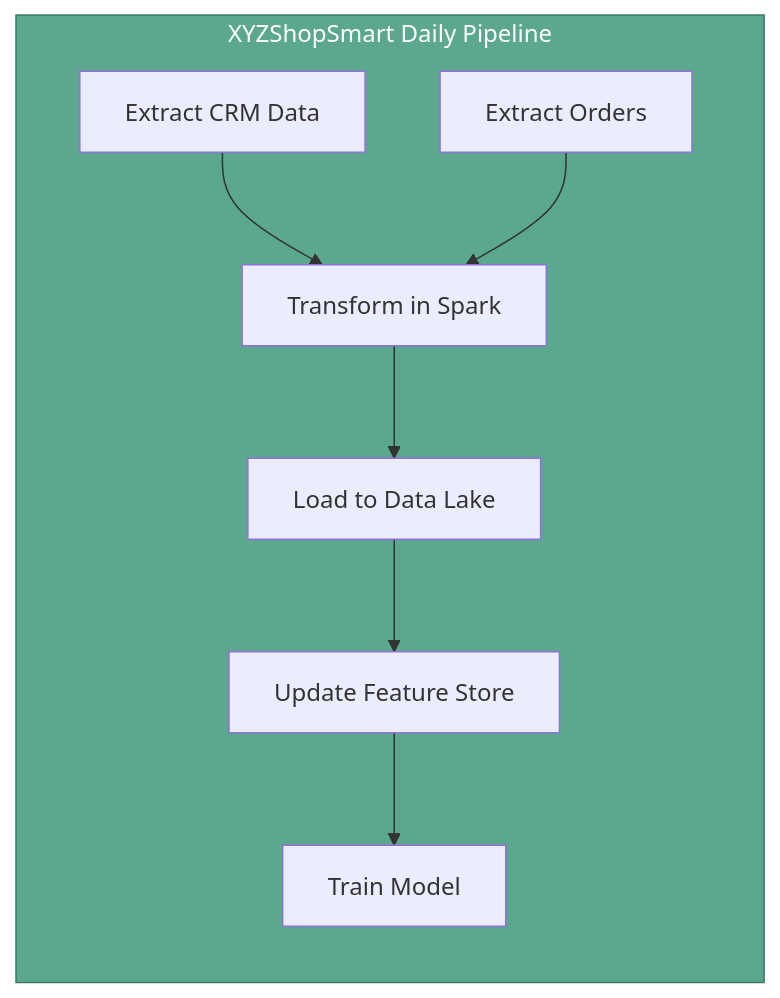
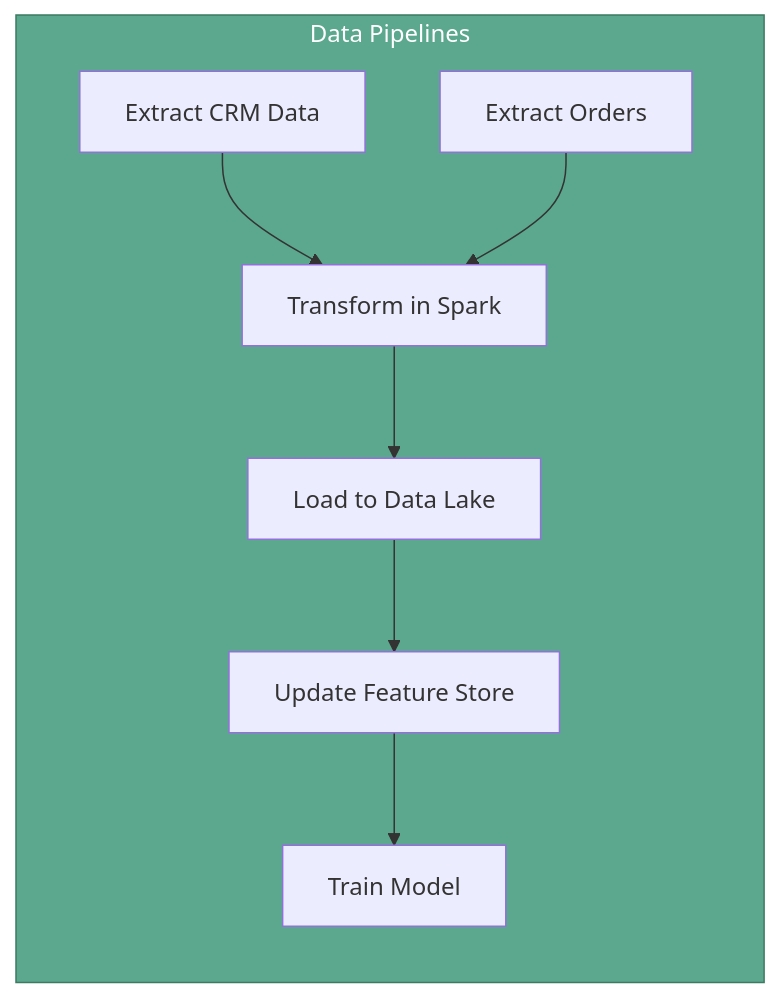
One commit to vinaykagithapu/vinay.github.io changed the second of 2 diagrams in docs/mlops/data-preparation/7-data-pipeline-orchestration.md. Above: the diagram before and after it, drawn with Mermaid. The commit also changed other lines of this file and 1 other file, not shown here.

First line of the commit message:
chore: comment out editUrl in docusaurus config and center align mermaid diagram in data pipeline orchestration document

````diff
--- a/docs/mlops/data-preparation/7-data-pipeline-orchestration.md
+++ b/docs/mlops/data-preparation/7-data-pipeline-orchestration.md
@@ -177,19 +179,19 @@
 ```mermaid
 flowchart LR
-    subgraph DAG["XYZShopSmart Daily Pipeline"]
+    subgraph DAG["Data Pipelines"]
         CRM[Extract CRM Data]
         ORDERS[Extract Orders]
         SPARK[Transform in Spark]
         LAKE[Load to Data Lake]
         FEATURES[Update Feature Store]
         TRAIN[Train Model]
     end
     
     CRM --> SPARK
     ORDERS --> SPARK
     SPARK --> LAKE
     LAKE --> FEATURES
     FEATURES --> TRAIN
     
     style DAG fill:#5BA88F,stroke:#3D7A62,color:#fff
 ```
````
